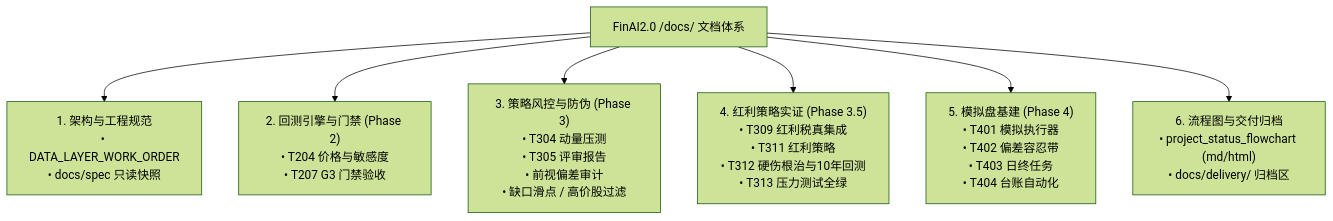
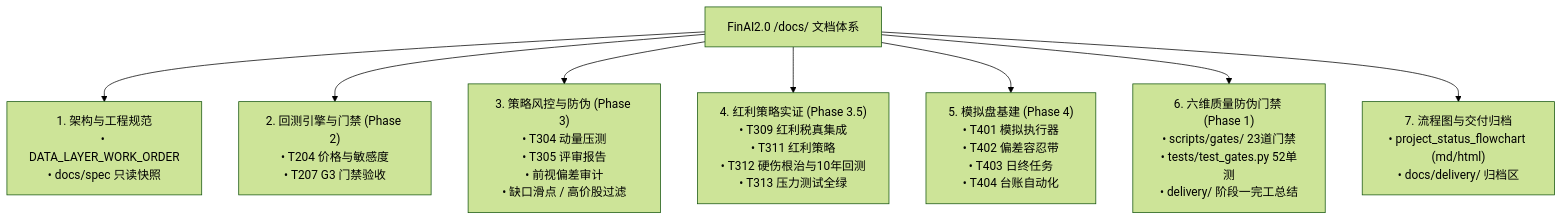
One commit to YZml1507/FinAI2.0 changed the diagram in docs/README.md. Above: the diagram before and after it, drawn with Mermaid (forest theme). The commit also changed other lines of this file and 4 other files, not shown here.

Commit message:
docs(delivery): add Phase 1 gate suite completion summary, audit JSON, test log, and update docs index

````diff
--- a/docs/README.md
+++ b/docs/README.md
@@ -11,11 +11,12 @@
 ```mermaid
 flowchart TD
   DOCS["FinAI2.0 /docs/ 文档体系"]
   
   DOCS --> D1["1. 架构与工程规范<br/>• DATA_LAYER_WORK_ORDER<br/>• docs/spec 只读快照"]
   DOCS --> D2["2. 回测引擎与门禁 (Phase 2)<br/>• T204 价格与敏感度<br/>• T207 G3 门禁验收"]
   DOCS --> D3["3. 策略风控与防伪 (Phase 3)<br/>• T304 动量压测<br/>• T305 评审报告<br/>• 前视偏差审计<br/>• 缺口滑点 / 高价股过滤"]
   DOCS --> D4["4. 红利策略实证 (Phase 3.5)<br/>• T309 红利税真集成<br/>• T311 红利策略<br/>• T312 硬伤根治与10年回测<br/>• T313 压力测试全绿"]
   DOCS --> D5["5. 模拟盘基建 (Phase 4)<br/>• T401 模拟执行器<br/>• T402 偏差容忍带<br/>• T403 日终任务<br/>• T404 台账自动化"]
-  DOCS --> D6["6. 流程图与交付归档<br/>• project_status_flowchart (md/html)<br/>• docs/delivery/ 归档区"]
+  DOCS --> D6["6. 六维质量防伪门禁 (Phase 1)<br/>• scripts/gates/ 23道门禁<br/>• tests/test_gates.py 52单测<br/>• delivery/ 阶段一完工总结"]
+  DOCS --> D7["7. 流程图与交付归档<br/>• project_status_flowchart (md/html)<br/>• docs/delivery/ 归档区"]
 ```
````
